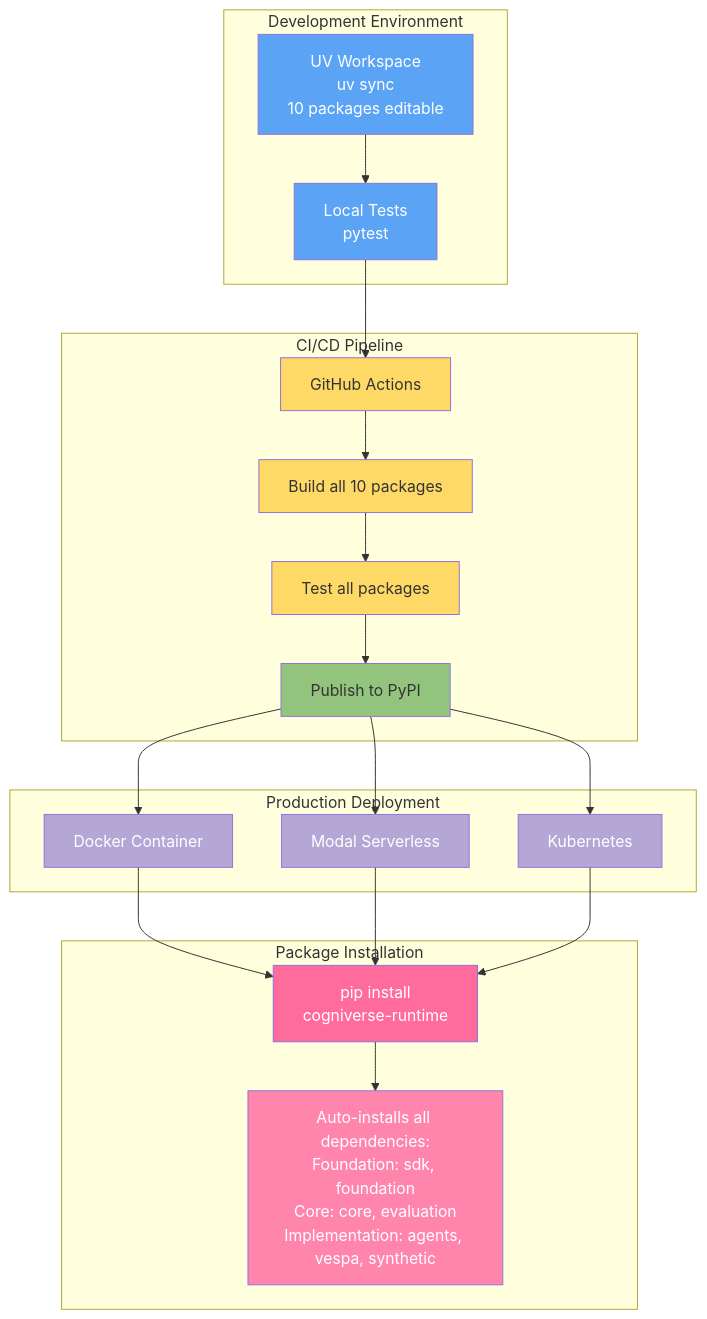
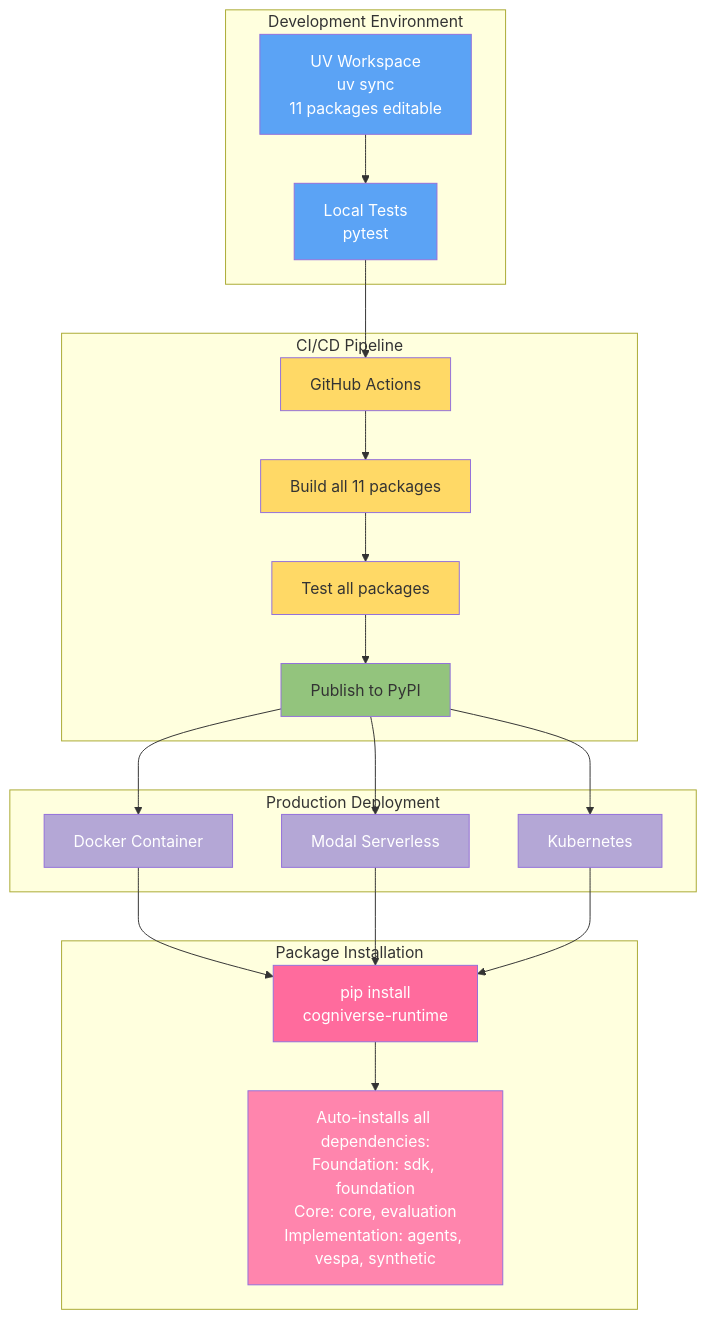
Before and after one commit to amit-jain/cogniverse: diagram 17 of 17 in docs/diagrams/sdk-architecture-diagrams.md, drawn with Mermaid. The commit also changed other lines of this file and 38 other files, not shown here.

First line of the commit message:
Update documentation for 11-package architecture and fix broken links

````diff
--- a/docs/diagrams/sdk-architecture-diagrams.md
+++ b/docs/diagrams/sdk-architecture-diagrams.md
@@ -858,52 +858,52 @@
 ```mermaid
 graph TB
     subgraph "Development Environment"
-        DevWorkspace[UV Workspace<br/>uv sync<br/>10 packages editable]
+        DevWorkspace[UV Workspace<br/>uv sync<br/>11 packages editable]
         DevTests[Local Tests<br/>pytest]
     end
 
     subgraph "CI/CD Pipeline"
         GitHub[GitHub Actions]
-        BuildAll[Build all 10 packages]
+        BuildAll[Build all 11 packages]
         TestAll[Test all packages]
         PublishPyPI[Publish to PyPI]
     end
 
     subgraph "Production Deployment"
         Docker[Docker Container]
         Modal[Modal Serverless]
         Kubernetes[Kubernetes]
     end
 
     subgraph "Package Installation"
         ProdInstall[pip install<br/>cogniverse-runtime]
         AllDeps[Auto-installs all dependencies:<br/>Foundation: sdk, foundation<br/>Core: core, evaluation<br/>Implementation: agents, vespa, synthetic]
     end
 
     DevWorkspace --> DevTests
     DevTests --> GitHub
     GitHub --> BuildAll
     BuildAll --> TestAll
     TestAll --> PublishPyPI
 
     PublishPyPI --> Docker
     PublishPyPI --> Modal
     PublishPyPI --> Kubernetes
 
     Docker --> ProdInstall
     Modal --> ProdInstall
     Kubernetes --> ProdInstall
     ProdInstall --> AllDeps
 
     style DevWorkspace fill:#5BA3F5,color:#fff
     style DevTests fill:#5BA3F5,color:#fff
     style GitHub fill:#FFD966
     style BuildAll fill:#FFD966
     style TestAll fill:#FFD966
     style PublishPyPI fill:#93C47D
     style Docker fill:#B4A7D6,color:#fff
     style Modal fill:#B4A7D6,color:#fff
     style Kubernetes fill:#B4A7D6,color:#fff
     style ProdInstall fill:#FF6B9D,color:#fff
     style AllDeps fill:#FF85AD,color:#fff
 ```
````
